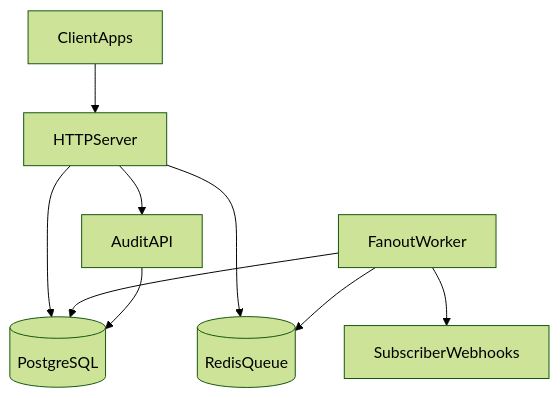
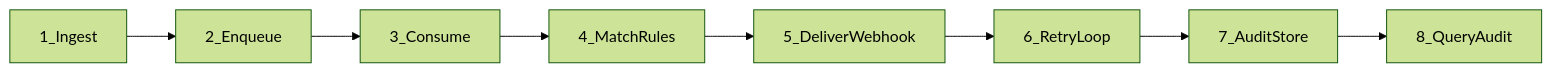
Before and after one commit to shwetaudacious/event-fanout: the diagram in README.md, drawn with Mermaid (forest theme). The commit also changed other lines of this file and 12 other files, not shown here.

First line of the commit message:
Address engineering requirements: architecture diagrams, tests, docs, CI.

````diff
--- a/README.md
+++ b/README.md
@@ -52,11 +86,10 @@
 ```mermaid
-flowchart TB
-    Client[ClientApps] --> API[HTTPServer]
-    API --> PG[(PostgreSQL)]
-    API --> Redis[(RedisQueue)]
-    Worker[FanoutWorker] --> Redis
-    Worker --> PG
-    Worker --> Webhooks[SubscriberWebhooks]
-    API --> Audit[AuditAPI]
-    Audit --> PG
+flowchart LR
+    A[1_Ingest] --> B[2_Enqueue]
+    B --> C[3_Consume]
+    C --> D[4_MatchRules]
+    D --> E[5_DeliverWebhook]
+    E --> F[6_RetryLoop]
+    F --> G[7_AuditStore]
+    G --> H[8_QueryAudit]
 ```
````
